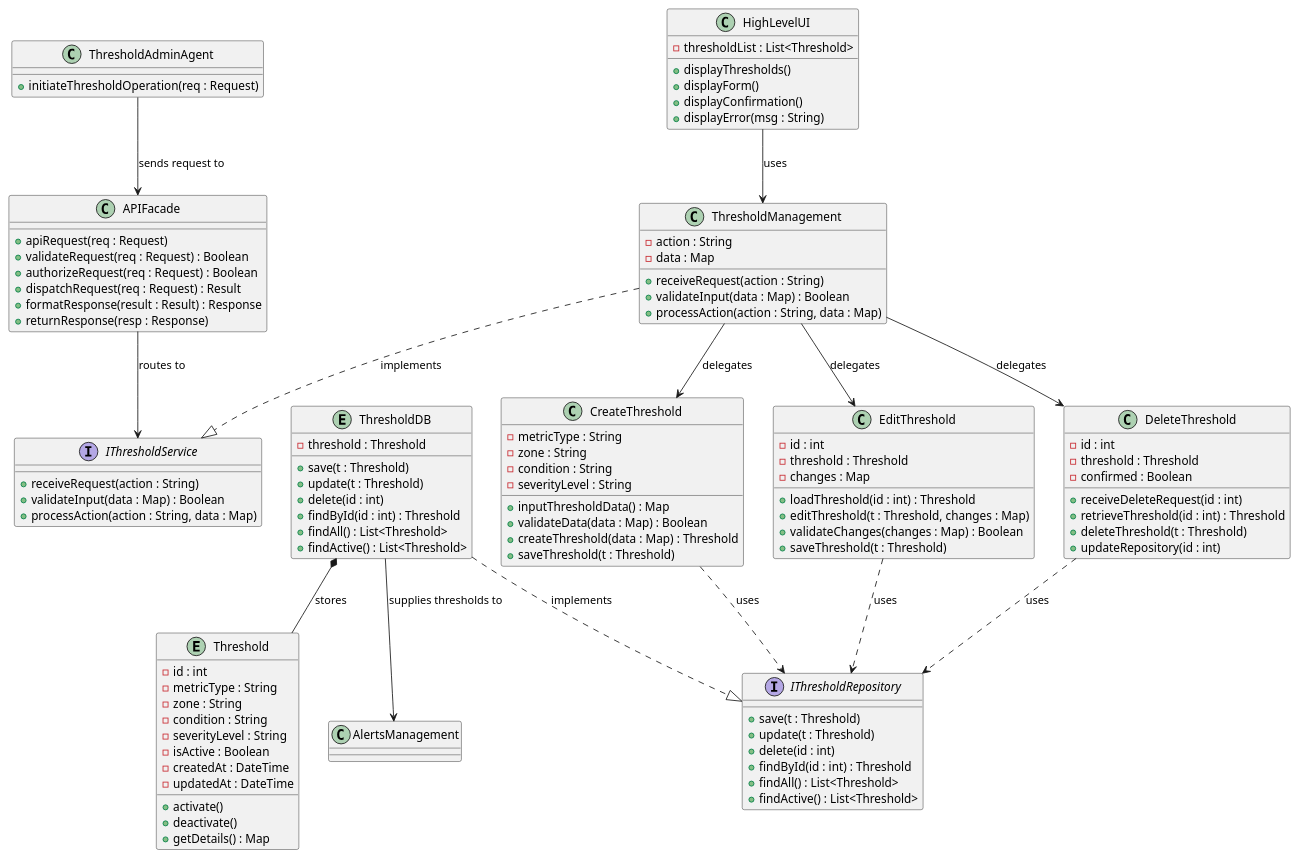
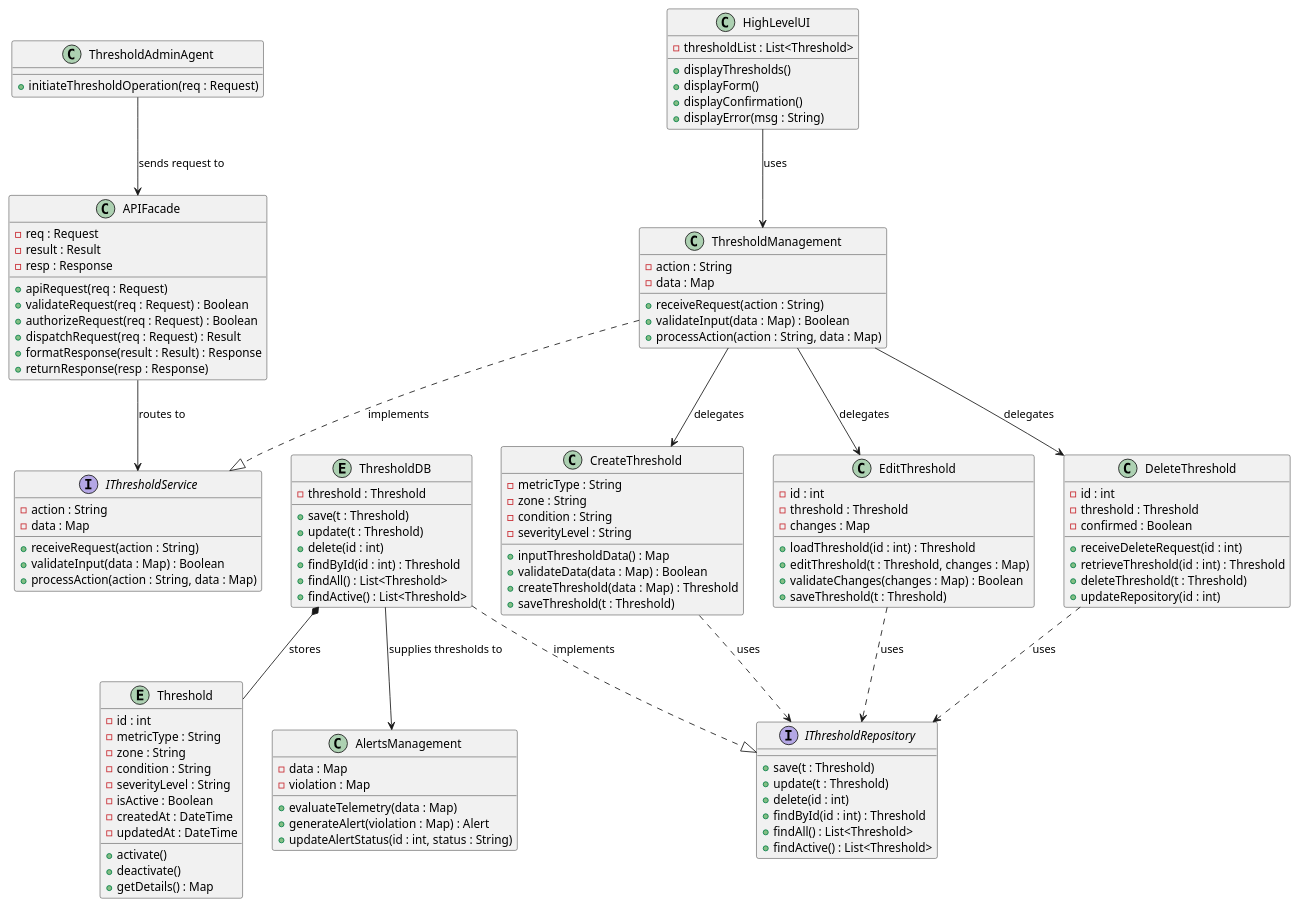
Before and after one commit to harmanpreet-sagar/SFWRENG-3A04-Group6-T01: the diagram in docs/diagrams/plantuml/class/thresh_subsystem.puml, drawn with PlantUML.

Commit message:
update trheshold class diagram to match updates in api facade class diagram

```diff
--- a/docs/diagrams/plantuml/class/thresh_subsystem.puml
+++ b/docs/diagrams/plantuml/class/thresh_subsystem.puml
@@ -1,136 +1,146 @@
 @startuml ThresholdManagement_ClassDiagram
 
 class ThresholdAdminAgent {
   +initiateThresholdOperation(req : Request)
 }
 
 class APIFacade {
+  -req : Request
+  -result : Result
+  -resp : Response
   +apiRequest(req : Request)
   +validateRequest(req : Request) : Boolean
   +authorizeRequest(req : Request) : Boolean
   +dispatchRequest(req : Request) : Result
   +formatResponse(result : Result) : Response
   +returnResponse(resp : Response)
 }
 
 interface IThresholdService {
+  -action : String
+  -data : Map
   +receiveRequest(action : String)
   +validateInput(data : Map) : Boolean
   +processAction(action : String, data : Map)
 }
 
 class HighLevelUI {
   -thresholdList : List<Threshold>
   +displayThresholds()
   +displayForm()
   +displayConfirmation()
   +displayError(msg : String)
 }
 
 class ThresholdManagement {
   -action : String
   -data : Map
   +receiveRequest(action : String)
   +validateInput(data : Map) : Boolean
   +processAction(action : String, data : Map)
 }
 
 class CreateThreshold {
   -metricType : String
   -zone : String
   -condition : String
   -severityLevel : String
   +inputThresholdData() : Map
   +validateData(data : Map) : Boolean
   +createThreshold(data : Map) : Threshold
   +saveThreshold(t : Threshold)
 }
 
 class EditThreshold {
   -id : int
   -threshold : Threshold
   -changes : Map
   +loadThreshold(id : int) : Threshold
   +editThreshold(t : Threshold, changes : Map)
   +validateChanges(changes : Map) : Boolean
   +saveThreshold(t : Threshold)
 }
 
 class DeleteThreshold {
   -id : int
   -threshold : Threshold
   -confirmed : Boolean
   +receiveDeleteRequest(id : int)
   +retrieveThreshold(id : int) : Threshold
   +deleteThreshold(t : Threshold)
   +updateRepository(id : int)
 }
 
 interface IThresholdRepository {
   +save(t : Threshold)
   +update(t : Threshold)
   +delete(id : int)
   +findById(id : int) : Threshold
   +findAll() : List<Threshold>
   +findActive() : List<Threshold>
 }
 
 entity ThresholdDB {
   -threshold : Threshold
   +save(t : Threshold)
   +update(t : Threshold)
   +delete(id : int)
   +findById(id : int) : Threshold
   +findAll() : List<Threshold>
   +findActive() : List<Threshold>
 }
 
 entity Threshold {
   -id : int
   -metricType : String
   -zone : String
   -condition : String
   -severityLevel : String
   -isActive : Boolean
   -createdAt : DateTime
   -updatedAt : DateTime
   +activate()
   +deactivate()
   +getDetails() : Map
 }
 
 class AlertsManagement {
+  -data : Map
+  -violation : Map
+  +evaluateTelemetry(data : Map)
+  +generateAlert(violation : Map) : Alert
+  +updateAlertStatus(id : int, status : String)
 }
 
 ' Boundary → APIFacade
 ThresholdAdminAgent --> APIFacade          : sends request to
 
 ' APIFacade routes through interface
 APIFacade --> IThresholdService            : routes to
 
 ' HighLevelUI communicates with ThresholdManagement directly (display layer)
 HighLevelUI --> ThresholdManagement        : uses
 
 ' ThresholdManagement implements the service interface
 ThresholdManagement ..|> IThresholdService : implements
 
 ' ThresholdManagement delegates to operation controllers
 ThresholdManagement --> CreateThreshold    : delegates
 ThresholdManagement --> EditThreshold      : delegates
 ThresholdManagement --> DeleteThreshold    : delegates
 
 ' Operation controllers depend on the repository interface
 CreateThreshold ..> IThresholdRepository   : uses
 EditThreshold ..> IThresholdRepository     : uses
 DeleteThreshold ..> IThresholdRepository   : uses
 
 ' ThresholdDB implements the repository interface
 ThresholdDB ..|> IThresholdRepository      : implements
 
 ' ThresholdDB owns Threshold records
 ThresholdDB *-- Threshold                  : stores
 
 ' ThresholdDB supplies active thresholds to AlertsManagement
 ThresholdDB --> AlertsManagement           : supplies thresholds to
 
 @enduml
```
